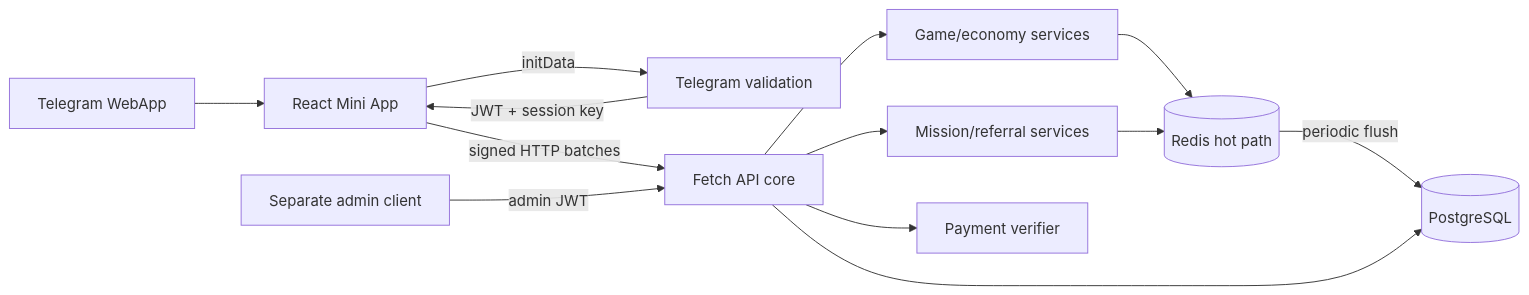
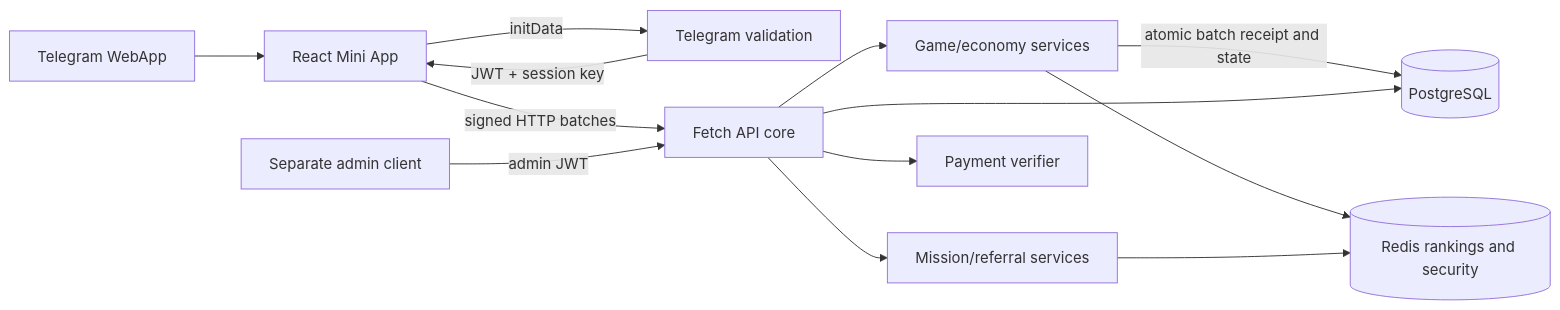
One commit to majiddark111-web/mtx-mini-app changed the diagram in README.md. Above: the diagram before and after it, drawn with Mermaid. The commit also changed other lines of this file and 19 other files, not shown here.

````diff
--- a/README.md
+++ b/README.md
@@ -57,15 +57,15 @@
 ```mermaid
 flowchart LR
   TG[Telegram WebApp] --> UI[React Mini App]
   UI -->|initData| AUTH[Telegram validation]
   AUTH -->|JWT + session key| UI
   UI -->|signed HTTP batches| API[Fetch API core]
   API --> GAME[Game/economy services]
   API --> SOCIAL[Mission/referral services]
   API --> PAY[Payment verifier]
-  GAME --> REDIS[(Redis hot path)]
+  GAME -->|atomic batch receipt and state| PG[(PostgreSQL)]
+  GAME --> REDIS[(Redis rankings and security)]
   SOCIAL --> REDIS
-  REDIS -->|periodic flush| PG[(PostgreSQL)]
   API --> PG
   ADMIN[Separate admin client] -->|admin JWT| API
 ```
````
